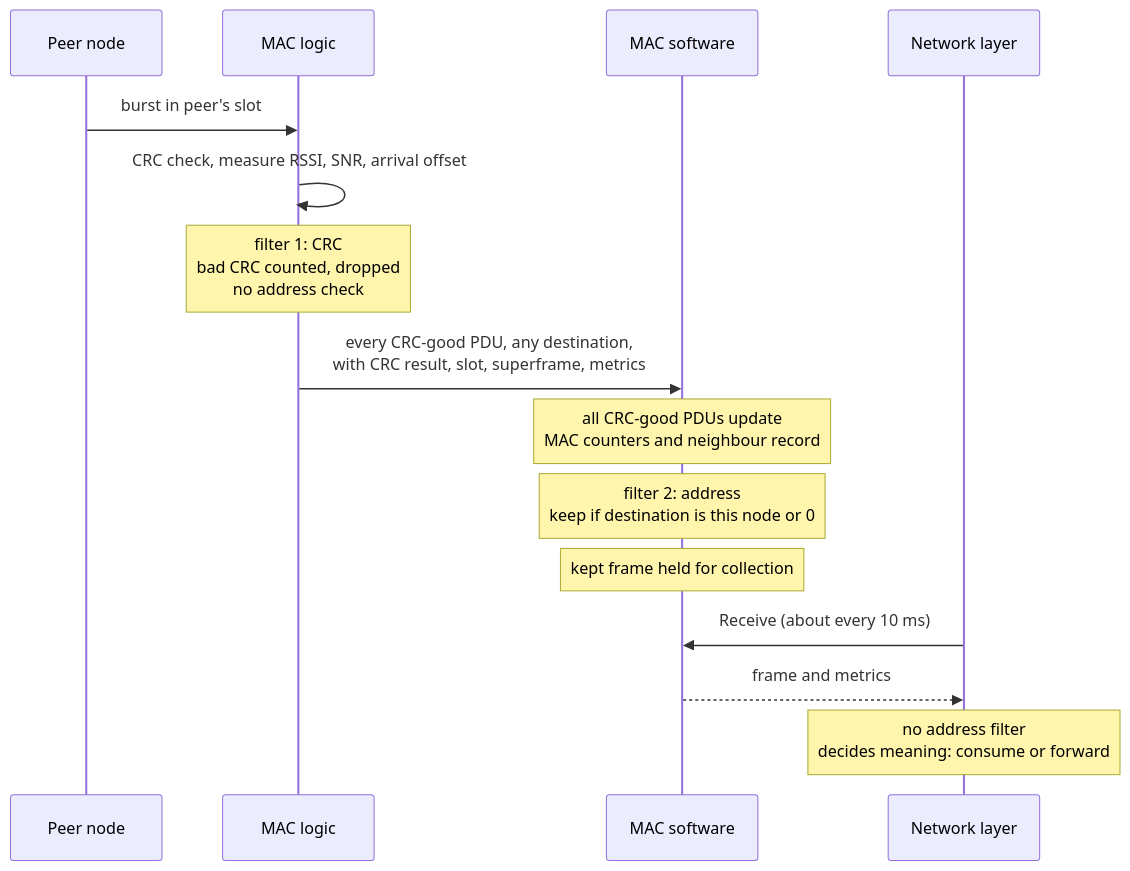
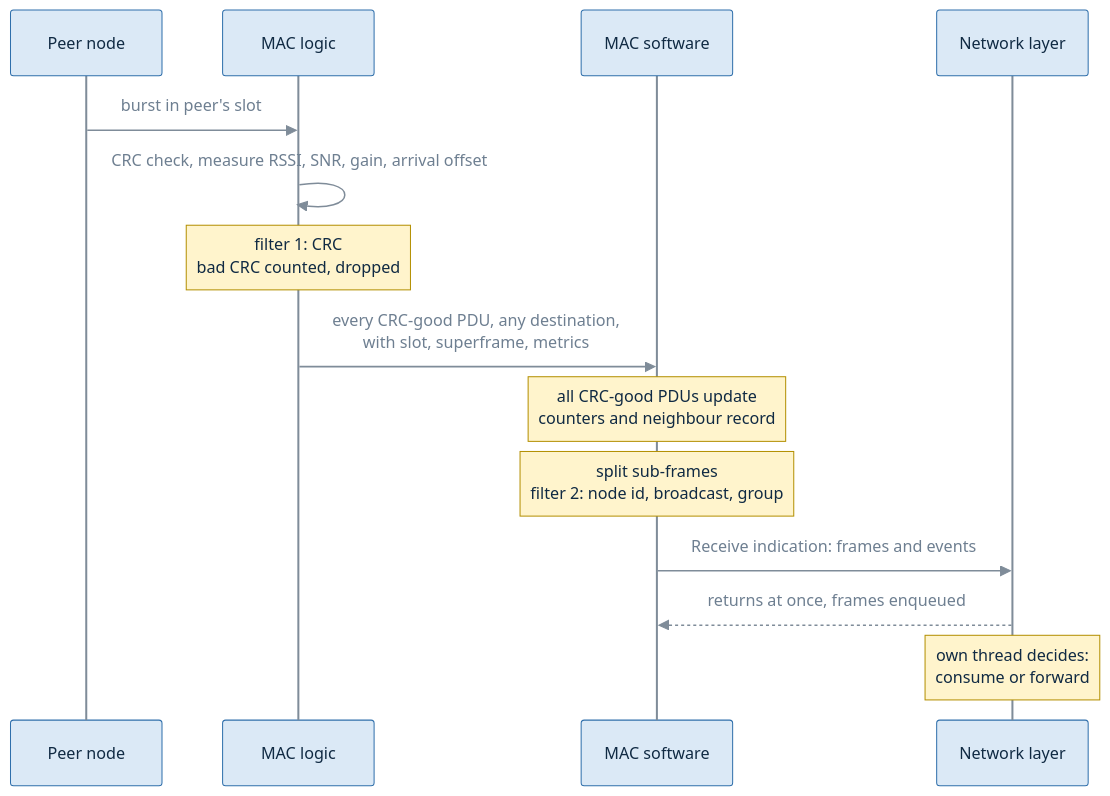
The third of 5 diagrams in docs/MAC-NETWORK-INTERFACE.md (akhil-osl/hh-sdr-manet), drawn with Mermaid before and after one commit. The commit also changed other lines of this file and 1 other file, not shown here.

````diff
--- a/docs/MAC-NETWORK-INTERFACE.md
+++ b/docs/MAC-NETWORK-INTERFACE.md
@@ -687,17 +946,17 @@
 ```mermaid
+%%{init: {'theme':'base','themeVariables':{'primaryColor':'#dbe9f6','primaryTextColor':'#102a43','primaryBorderColor':'#2f6fab','secondaryColor':'#e3f0dc','tertiaryColor':'#f6efe0','lineColor':'#7f8c99','textColor':'#6e7f91','edgeLabelBackground':'#f3f6f9','clusterBkg':'#eef2f6','clusterBorder':'#7f8c99','noteBkgColor':'#fff4cc','noteTextColor':'#102a43','noteBorderColor':'#b38f00','actorBkg':'#dbe9f6','actorBorder':'#2f6fab','actorTextColor':'#102a43','actorLineColor':'#7f8c99','signalColor':'#7f8c99','signalTextColor':'#6e7f91','labelBoxBkgColor':'#dbe9f6','labelTextColor':'#102a43','stateLabelColor':'#102a43','transitionColor':'#7f8c99','transitionLabelColor':'#6e7f91'}}}%%
 sequenceDiagram
     participant P as Peer node
     participant L as MAC logic
     participant S as MAC software
     participant N as Network layer
     P->>L: burst in peer's slot
-    L->>L: CRC check, measure RSSI, SNR, arrival offset
-    Note over L: filter 1: CRC<br/>bad CRC counted, dropped<br/>no address check
-    L->>S: every CRC-good PDU, any destination,<br/>with CRC result, slot, superframe, metrics
-    Note over S: all CRC-good PDUs update<br/>MAC counters and neighbour record
-    Note over S: filter 2: address<br/>keep if destination is this node or 0
-    Note over S: kept frame held for collection
-    N->>S: Receive (about every 10 ms)
-    S-->>N: frame and metrics
-    Note over N: no address filter<br/>decides meaning: consume or forward
+    L->>L: CRC check, measure RSSI, SNR, gain, arrival offset
+    Note over L: filter 1: CRC<br/>bad CRC counted, dropped
+    L->>S: every CRC-good PDU, any destination,<br/>with slot, superframe, metrics
+    Note over S: all CRC-good PDUs update<br/>counters and neighbour record
+    Note over S: split sub-frames<br/>filter 2: node id, broadcast, group
+    S->>N: Receive indication: frames and events
+    N-->>S: returns at once, frames enqueued
+    Note over N: own thread decides:<br/>consume or forward
 ```
````
